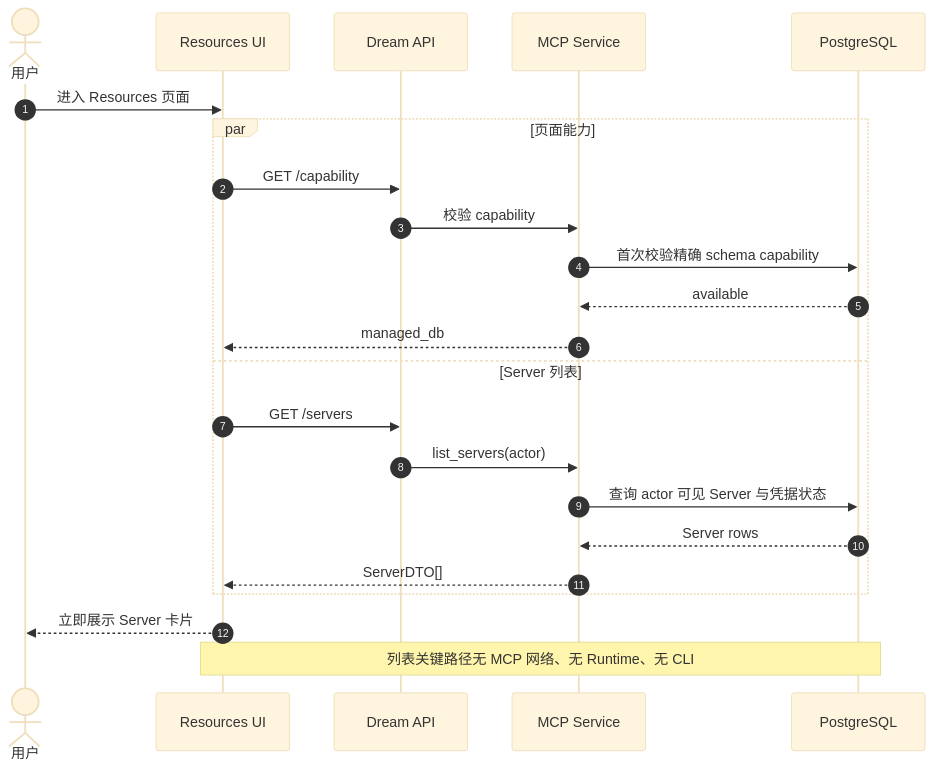
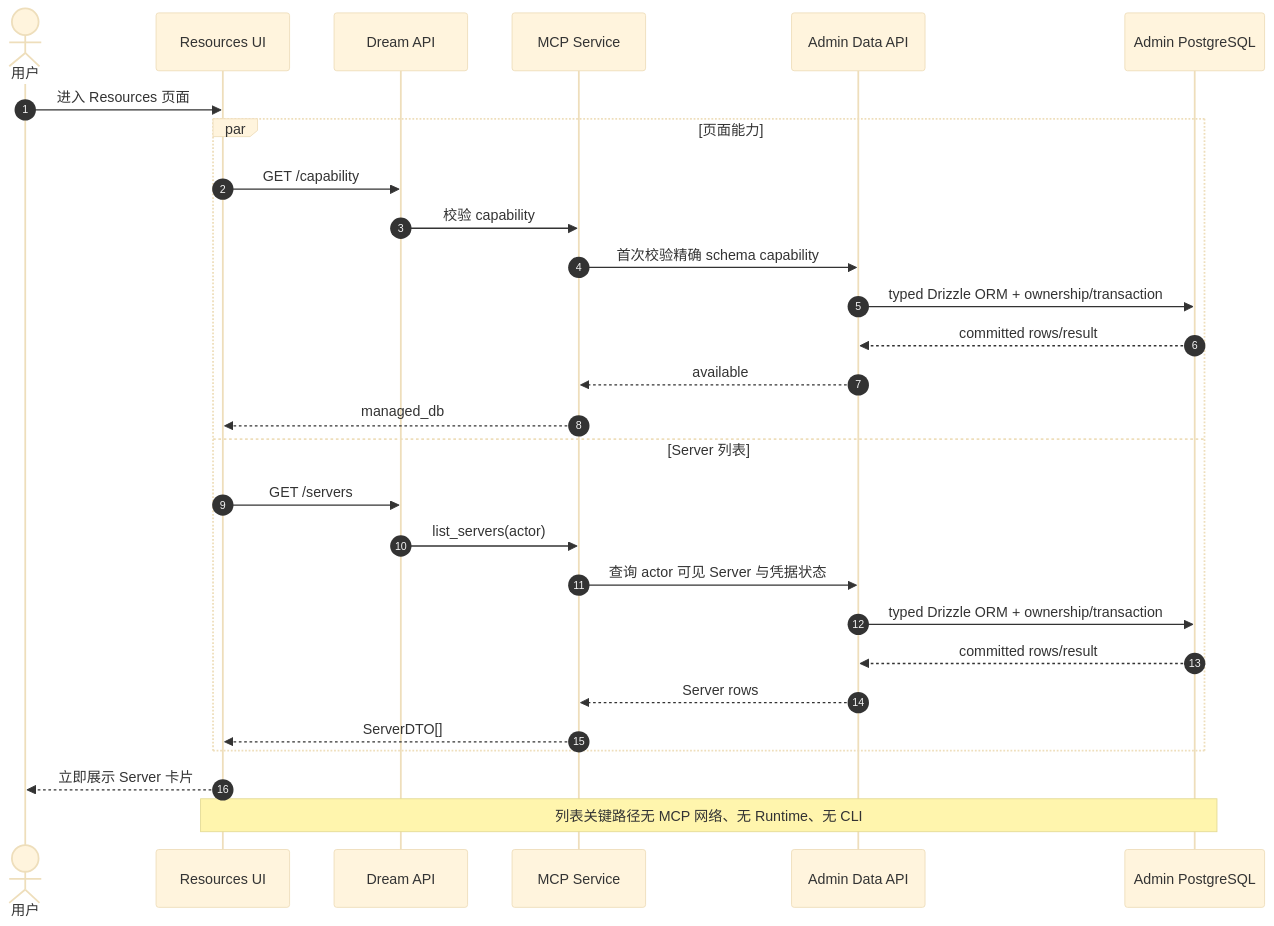
One commit to glide-the/im-dream changed the second of 10 diagrams in docs/design/claude-agent/dream-managed-mcp-business-sequences.md. Above: the diagram before and after it, drawn with Mermaid (base theme). The commit also changed other lines of this file and 30 other files, not shown here.

```diff
--- a/docs/design/claude-agent/dream-managed-mcp-business-sequences.md
+++ b/docs/design/claude-agent/dream-managed-mcp-business-sequences.md
@@ -73,26 +75,31 @@
 ~~~mermaid
 sequenceDiagram
     autonumber
     actor U as 用户
     participant UI as Resources UI
     participant API as Dream API
     participant S as MCP Service
-    participant DB as PostgreSQL
+    participant Admin as Admin Data API
+    participant DB as Admin PostgreSQL
 
     U->>UI: 进入 Resources 页面
     par 页面能力
         UI->>API: GET /capability
         API->>S: 校验 capability
-        S->>DB: 首次校验精确 schema capability
-        DB-->>S: available
+        S->>Admin: 首次校验精确 schema capability
+        Admin->>DB: typed Drizzle ORM + ownership/transaction
+        DB-->>Admin: committed rows/result
+        Admin-->>S: available
         S-->>UI: managed_db
     and Server 列表
         UI->>API: GET /servers
         API->>S: list_servers(actor)
-        S->>DB: 查询 actor 可见 Server 与凭据状态
-        DB-->>S: Server rows
+        S->>Admin: 查询 actor 可见 Server 与凭据状态
+        Admin->>DB: typed Drizzle ORM + ownership/transaction
+        DB-->>Admin: committed rows/result
+        Admin-->>S: Server rows
         S-->>UI: ServerDTO[]
     end
     UI-->>U: 立即展示 Server 卡片
     Note over UI,DB: 列表关键路径无 MCP 网络、无 Runtime、无 CLI
 ~~~
```
